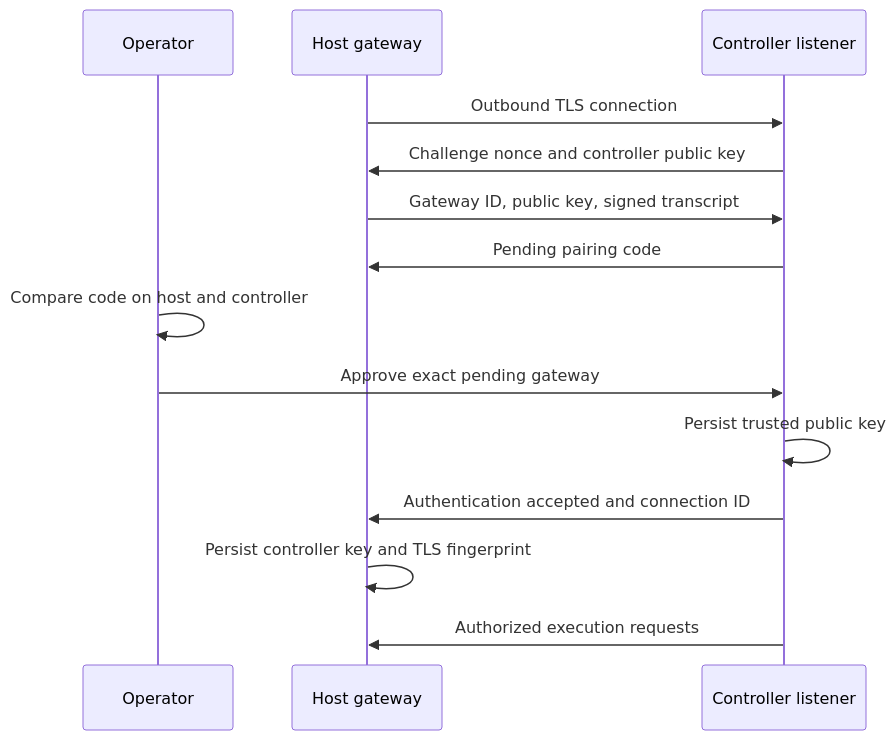
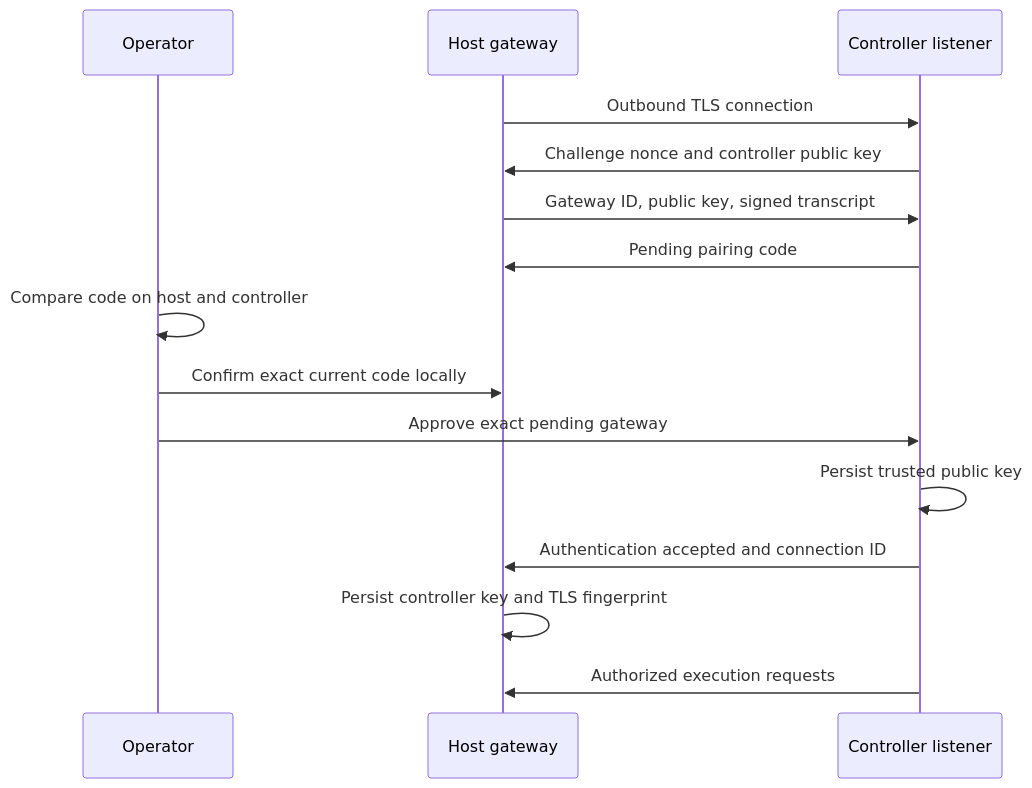
One commit to GoblinKing-Burrow/Node-Goblin changed the diagram in docs/pairing.md. Above: the diagram before and after it, drawn with Mermaid. The commit also changed other lines of this file and 17 other files, not shown here.

````diff
--- a/docs/pairing.md
+++ b/docs/pairing.md
@@ -9,16 +9,17 @@
 ```mermaid
 sequenceDiagram
   participant O as Operator
   participant H as Host gateway
   participant C as Controller listener
   H->>C: Outbound TLS connection
   C->>H: Challenge nonce and controller public key
   H->>C: Gateway ID, public key, signed transcript
   C->>H: Pending pairing code
   O->>O: Compare code on host and controller
+  O->>H: Confirm exact current code locally
   O->>C: Approve exact pending gateway
   C->>C: Persist trusted public key
   C->>H: Authentication accepted and connection ID
   H->>H: Persist controller key and TLS fingerprint
   C->>H: Authorized execution requests
 ```
````
